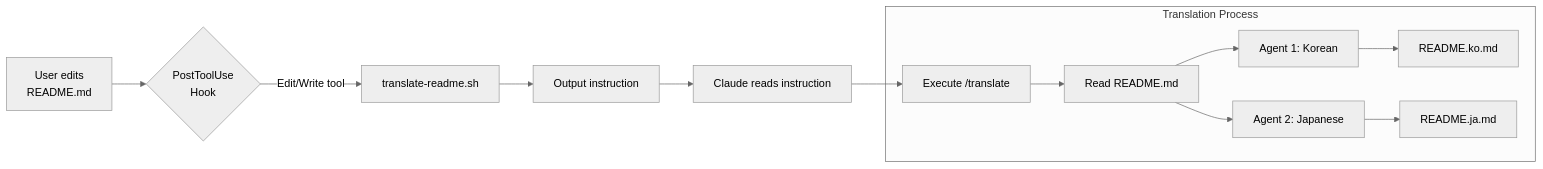
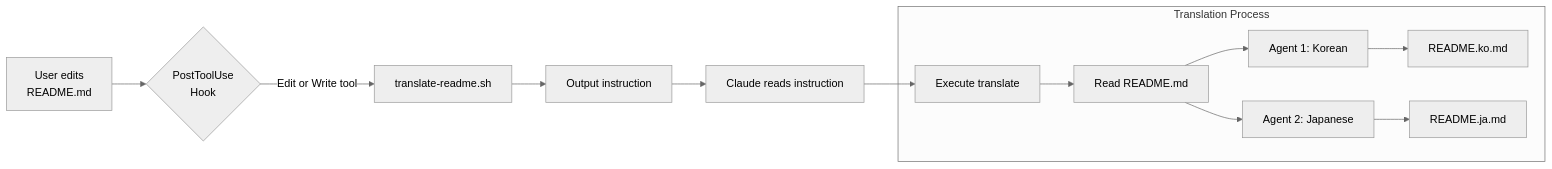
The third of 4 diagrams in docs/automation.md (roboco-io/awesome-vibecoding), drawn with Mermaid (neutral theme) before and after one commit. The commit also changed other lines of this file, not shown here.

First line of the commit message:
Fix Mermaid diagram syntax errors in automation docs

````diff
--- a/docs/automation.md
+++ b/docs/automation.md
@@ -117,16 +117,16 @@
 ```mermaid
 flowchart LR
     A[User edits<br/>README.md] --> B{PostToolUse<br/>Hook}
-    B -->|Edit/Write tool| C[translate-readme.sh]
+    B -->|Edit or Write tool| C[translate-readme.sh]
     C --> D[Output instruction]
     D --> E[Claude reads instruction]
-    E --> F[Execute /translate]
+    E --> F[Execute translate]
 
     subgraph "Translation Process"
         F --> G[Read README.md]
         G --> H[Agent 1: Korean]
         G --> I[Agent 2: Japanese]
         H --> J[README.ko.md]
         I --> K[README.ja.md]
     end
 ```
````
